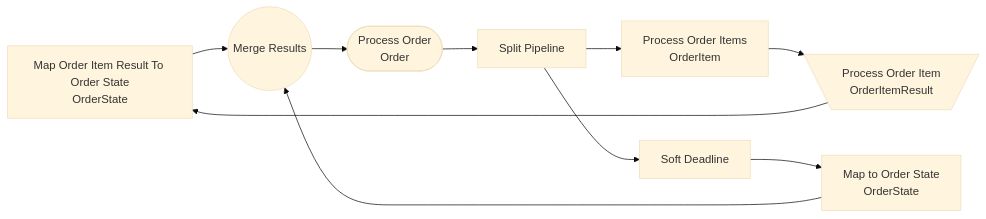
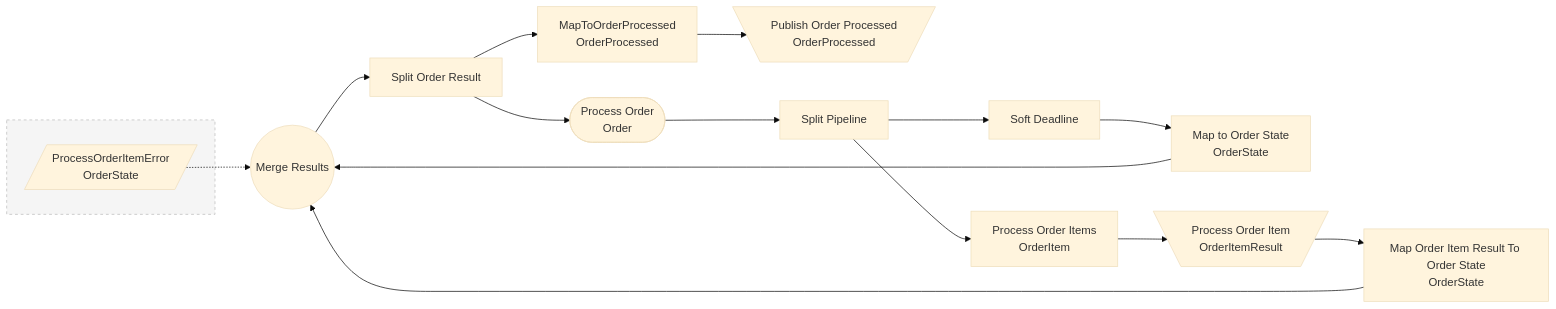
One commit to gorundebug/cppexample changed the diagram in orderservice/docs/order.md. Above: the diagram before and after it, drawn with Mermaid (base theme). The commit also changed 41 other files, not shown here.

````diff
--- a/orderservice/docs/order.md
+++ b/orderservice/docs/order.md
@@ -3,25 +3,39 @@
 ```mermaid
 flowchart LR
-  s5["Map Order Item Result To Order State
+  subgraph ext[" "]
+    style ext fill:#f5f5f5,stroke:#bbb,stroke-dasharray:4
+    s46[/"ProcessOrderItemError
+OrderState"/]
+  end
+  s47["Map Order Item Result To Order State
 OrderState"]
-  s6["Map to Order State
+  s48["MapToOrderProcessed
+OrderProcessed"]
+  s49["Map to Order State
 OrderState"]
-  s7(("Merge Results"))
-  s8(["Process Order
+  s50(("Merge Results"))
+  s51(["Process Order
 Order"])
-  s9[\"Process Order Item
+  s52[\"Process Order Item
 OrderItemResult"/]
-  s10["Process Order Items
+  s53["Process Order Items
 OrderItem"]
-  s11["Soft Deadline"]
-  s12["Split Pipeline"]
-  s9 --> s5
-  s11 --> s6
-  s6 --> s7
-  s5 --> s7
-  s7 --> s8
-  s10 --> s9
-  s12 --> s10
-  s12 --> s11
-  s8 --> s12
+  s54[\"Publish Order Processed
+OrderProcessed"/]
+  s55["Soft Deadline"]
+  s56["Split Order Result"]
+  s57["Split Pipeline"]
+  s52 --> s47
+  s56 --> s48
+  s55 --> s49
+  s49 --> s50
+  s47 --> s50
+  s46 -.-> s50
+  s56 --> s51
+  s53 --> s52
+  s57 --> s53
+  s48 --> s54
+  s57 --> s55
+  s50 --> s56
+  s51 --> s57
 ```
````
